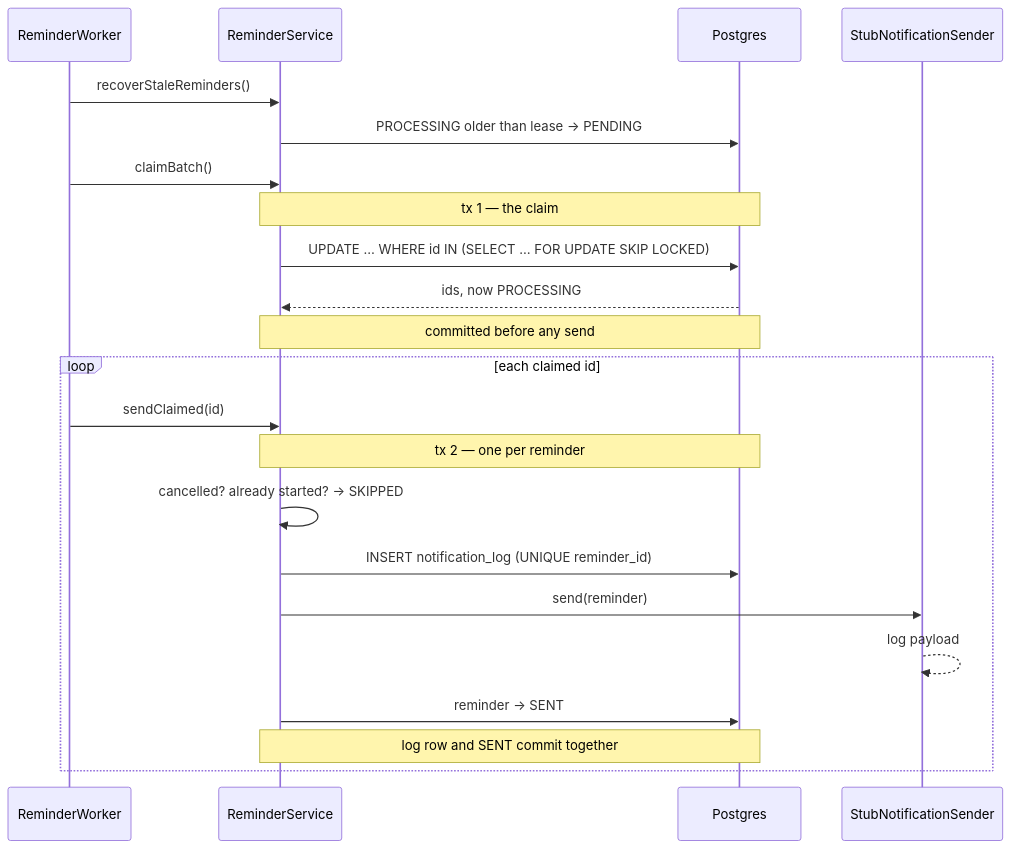
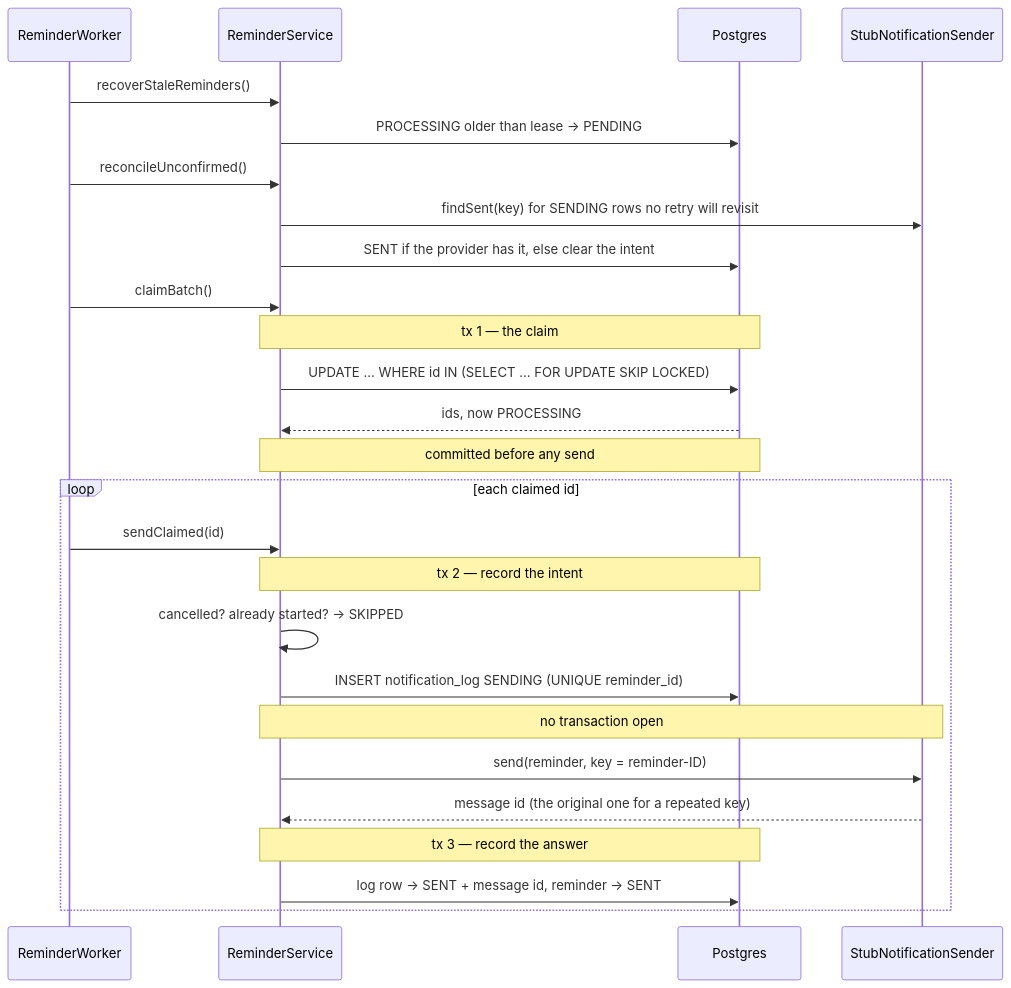
The fourth of 4 diagrams in docs/architecture.md (manaskumar3003/appointment-reminder-service), drawn with Mermaid before and after one commit. The commit also changed other lines of this file and 16 other files, not shown here.

First line of the commit message:
Record send intent before calling the provider, and reconcile unconfirmed sends

````diff
--- a/docs/architecture.md
+++ b/docs/architecture.md
@@ -91,27 +94,32 @@
 ```mermaid
 sequenceDiagram
     participant W as ReminderWorker
     participant S as ReminderService
     participant DB as Postgres
     participant N as StubNotificationSender
 
     W->>S: recoverStaleReminders()
     S->>DB: PROCESSING older than lease → PENDING
 
+    W->>S: reconcileUnconfirmed()
+    S->>N: findSent(key) for SENDING rows no retry will revisit
+    S->>DB: SENT if the provider has it, else clear the intent
+
     W->>S: claimBatch()
     Note over S,DB: tx 1 — the claim
     S->>DB: UPDATE … WHERE id IN (SELECT … FOR UPDATE SKIP LOCKED)
     DB-->>S: ids, now PROCESSING
     Note over S,DB: committed before any send
 
     loop each claimed id
         W->>S: sendClaimed(id)
-        Note over S,DB: tx 2 — one per reminder
+        Note over S,DB: tx 2 — record the intent
         S->>S: cancelled? already started? → SKIPPED
-        S->>DB: INSERT notification_log (UNIQUE reminder_id)
-        S->>N: send(reminder)
-        N-->>N: log payload
-        S->>DB: reminder → SENT
-        Note over S,DB: log row and SENT commit together
+        S->>DB: INSERT notification_log SENDING (UNIQUE reminder_id)
+        Note over S,N: no transaction open
+        S->>N: send(reminder, key = reminder-ID)
+        N-->>S: message id (the original one for a repeated key)
+        Note over S,DB: tx 3 — record the answer
+        S->>DB: log row → SENT + message id, reminder → SENT
     end
 ```
````
